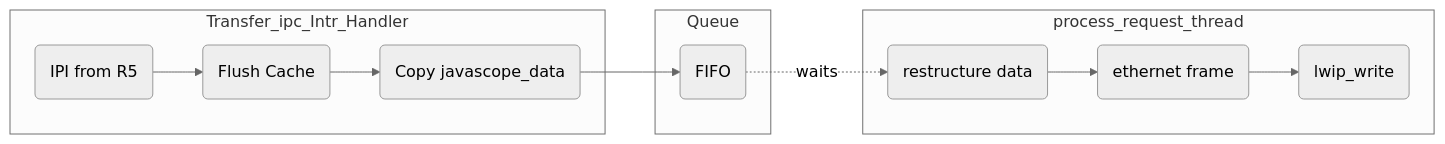
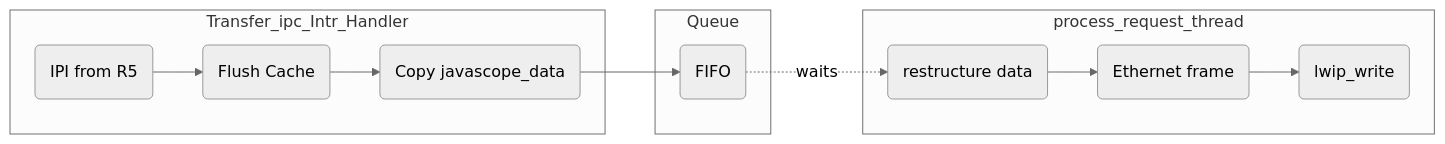
One commit to ultrazohm/ultrazohm_sw changed the diagram in docs/source/guide/apu_software/datamover_a53.rst. Above: the diagram before and after it, drawn with Mermaid (neutral theme). The commit also changed 28 other files, not shown here.

```diff
--- a/docs/source/guide/apu_software/datamover_a53.rst
+++ b/docs/source/guide/apu_software/datamover_a53.rst
@@ -10,18 +10,18 @@
 .. mermaid::
     :align: center
     :caption: Signal flow of data mover
 
     graph LR
       subgraph Transfer_ipc_Intr_Handler
           E(IPI from R5)
           E-->F(Flush Cache)
           F-->G(Copy javascope_data)
       end 
       subgraph Queue
           G-->H
           H(FIFO)
       end
       subgraph process_request_thread
-          H-.waits.->K(restructure data)-->L(ethernet frame)
+          H-.waits.->K(restructure data)-->L(Ethernet frame)
           L-->M(lwip_write)
       end
```
